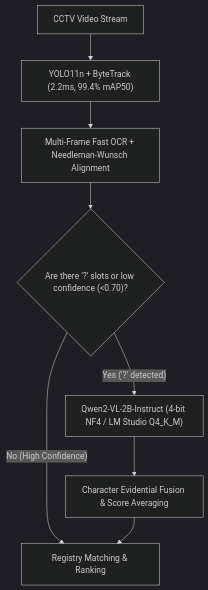
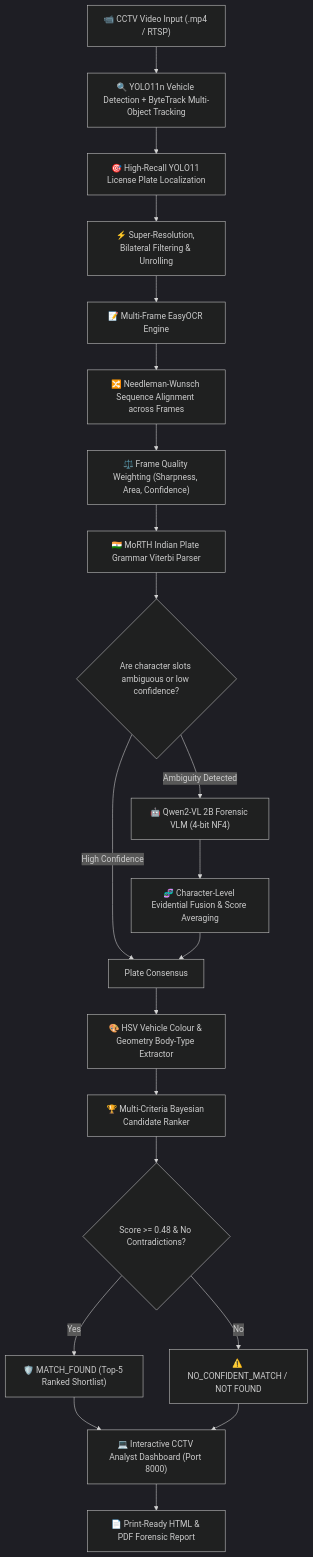
One commit to vatsal8103/Alpine-Algorithms---hack-a-sol-5.0 changed the diagram in README.md. Above: the diagram before and after it, drawn with Mermaid (dark theme). The commit also changed other lines of this file, not shown here.

````diff
--- a/README.md
+++ b/README.md
@@ -146,10 +31,27 @@
 ```mermaid
 flowchart TD
-    Video["CCTV Video Stream"] --> YOLO["YOLO11n + ByteTrack (2.2ms, 99.4% mAP50)"]
-    YOLO --> FastOCR["Multi-Frame Fast OCR + Needleman-Wunsch Alignment"]
-    FastOCR --> Evaluator{"Are there '?' slots or low confidence (<0.70)?"}
-    Evaluator -->|"No (High Confidence)"| Registry["Registry Matching & Ranking"]
-    Evaluator -->|"Yes ('?' detected)"| VLM["Qwen2-VL-2B-Instruct (4-bit NF4 / LM Studio Q4_K_M)"]
-    VLM --> Fusion["Character Evidential Fusion & Score Averaging"]
-    Fusion --> Registry
+    Video["📹 CCTV Video Input (.mp4 / RTSP)"] --> Detection["🔍 YOLO11n Vehicle Detection + ByteTrack Multi-Object Tracking"]
+    Detection --> Localization["🎯 High-Recall YOLO11 License Plate Localization"]
+    Localization --> Preproc["⚡ Super-Resolution, Bilateral Filtering & Unrolling"]
+    Preproc --> OCR["📝 Multi-Frame EasyOCR Engine"]
+    
+    OCR --> Alignment["🔀 Needleman-Wunsch Sequence Alignment across Frames"]
+    Alignment --> Weighting["⚖️ Frame Quality Weighting (Sharpness, Area, Confidence)"]
+    Weighting --> Grammar["🇮🇳 MoRTH Indian Plate Grammar Viterbi Parser"]
+    
+    Grammar --> Evaluator{"Are character slots ambiguous or low confidence?"}
+    Evaluator -->|"High Confidence"| Consensus["Plate Consensus"]
+    Evaluator -->|"Ambiguity Detected"| VLM["🤖 Qwen2-VL 2B Forensic VLM (4-bit NF4)"]
+    VLM --> VLM_Fusion["🧬 Character-Level Evidential Fusion & Score Averaging"]
+    VLM_Fusion --> Consensus
+    
+    Consensus --> Attribute["🎨 HSV Vehicle Colour & Geometry Body-Type Extractor"]
+    Attribute --> Ranker["🏆 Multi-Criteria Bayesian Candidate Ranker"]
+    Ranker --> Decision{"Score >= 0.48 & No Contradictions?"}
+    Decision -->|"Yes"| Match["🛡️ MATCH_FOUND (Top-5 Ranked Shortlist)"]
+    Decision -->|"No"| Abstain["⚠️ NO_CONFIDENT_MATCH / NOT FOUND"]
+    
+    Match --> UI["💻 Interactive CCTV Analyst Dashboard (Port 8000)"]
+    Abstain --> UI
+    UI --> Report["📄 Print-Ready HTML & PDF Forensic Report"]
 ```
````
